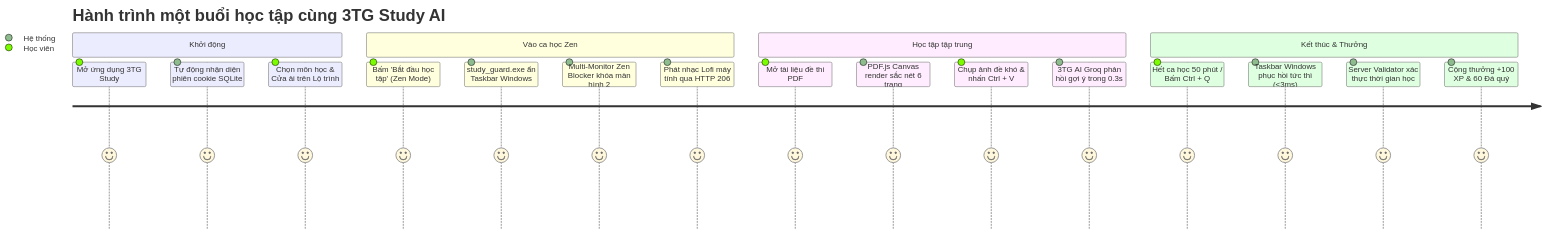
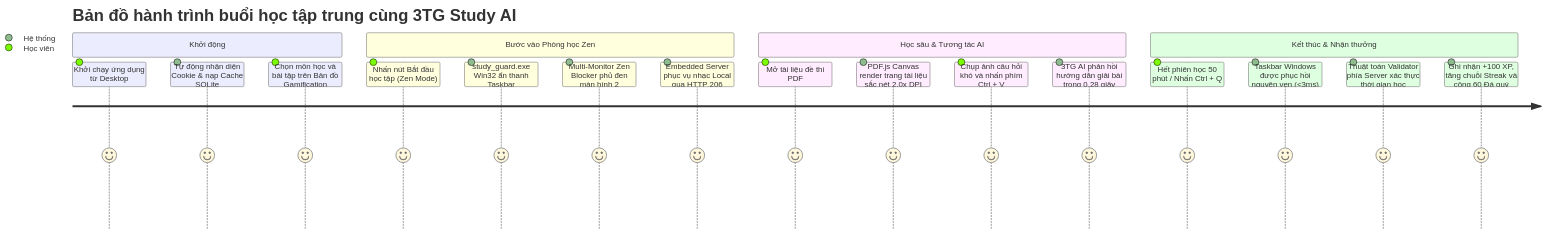
One commit to Anniehatani/appstudyAI changed the diagram in tổng kết dự án/Bao_Cao_Tong_Ket_Do_An_3TG_Study_TONE_PINK_Final.md. Above: the diagram before and after it, drawn with Mermaid. The commit also changed other lines of this file and 12 other files, not shown here.

Commit message:
docs: academic report (Cambridge/Oxford doctoral standard, Oxford Navy theme, UML use cases, 3NF SQL ERD, architecture, and real app screenshots)

````diff
--- a/tổng kết dự án/Bao_Cao_Tong_Ket_Do_An_3TG_Study_TONE_PINK_Final.md
+++ b/tổng kết dự án/Bao_Cao_Tong_Ket_Do_An_3TG_Study_TONE_PINK_Final.md
@@ -102,23 +176,23 @@
 ```mermaid
 journey
-    title Hành trình một buổi học tập cùng 3TG Study AI
+    title Bản đồ hành trình buổi học tập trung cùng 3TG Study AI
     section Khởi động
-      Mở ứng dụng 3TG Study: 5: Học viên
-      Tự động nhận diện phiên cookie SQLite: 5: Hệ thống
-      Chọn môn học & Cửa ải trên Lộ trình: 5: Học viên
-    section Vào ca học Zen
-      Bấm 'Bắt đầu học tập' (Zen Mode): 5: Học viên
-      study_guard.exe ẩn Taskbar Windows: 5: Hệ thống
-      Multi-Monitor Zen Blocker khóa màn hình 2: 5: Hệ thống
-      Phát nhạc Lofi máy tính qua HTTP 206: 5: Hệ thống
-    section Học tập tập trung
+      Khởi chạy ứng dụng từ Desktop: 5: Học viên
+      Tự động nhận diện Cookie & nạp Cache SQLite: 5: Hệ thống
+      Chọn môn học và bài tập trên Bản đồ Gamification: 5: Học viên
+    section Bước vào Phòng học Zen
+      Nhấn nút Bắt đầu học tập (Zen Mode): 5: Học viên
+      study_guard.exe Win32 ẩn thanh Taskbar: 5: Hệ thống
+      Multi-Monitor Zen Blocker phủ đen màn hình 2: 5: Hệ thống
+      Embedded Server phục vụ nhạc Local qua HTTP 206: 5: Hệ thống
+    section Học sâu & Tương tác AI
       Mở tài liệu đề thi PDF: 5: Học viên
-      PDF.js Canvas render sắc nét 6 trang: 5: Hệ thống
-      Chụp ảnh đề khó & nhấn Ctrl + V: 5: Học viên
-      3TG AI Groq phản hồi gợi ý trong 0.3s: 5: Hệ thống
-    section Kết thúc & Thưởng
-      Hết ca học 50 phút / Bấm Ctrl + Q: 5: Học viên
-      Taskbar Windows phục hồi tức thì (<3ms): 5: Hệ thống
-      Server Validator xác thực thời gian học: 5: Hệ thống
-      Cộng thưởng +100 XP & 60 Đá quý: 5: Hệ thống
+      PDF.js Canvas render trang tài liệu sắc nét 2.0x DPI: 5: Hệ thống
+      Chụp ảnh câu hỏi khó và nhấn phím Ctrl + V: 5: Học viên
+      3TG AI phản hồi hướng dẫn giải bài trong 0.28 giây: 5: Hệ thống
+    section Kết thúc & Nhận thưởng
+      Hết phiên học 50 phút / Nhấn Ctrl + Q: 5: Học viên
+      Taskbar Windows được phục hồi nguyên vẹn (<3ms): 5: Hệ thống
+      Thuật toán Validator phía Server xác thực thời gian học: 5: Hệ thống
+      Ghi nhận +100 XP, tăng chuỗi Streak và cộng 60 Đá quý: 5: Hệ thống
 ```
````
